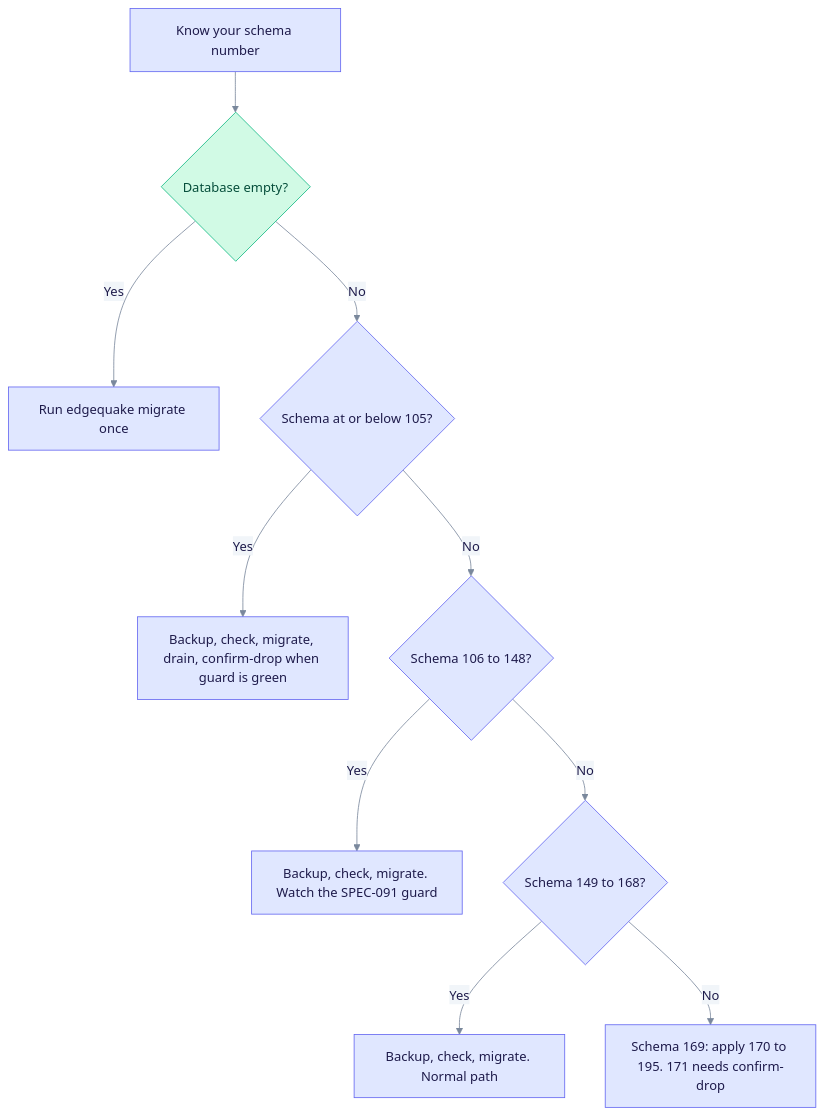
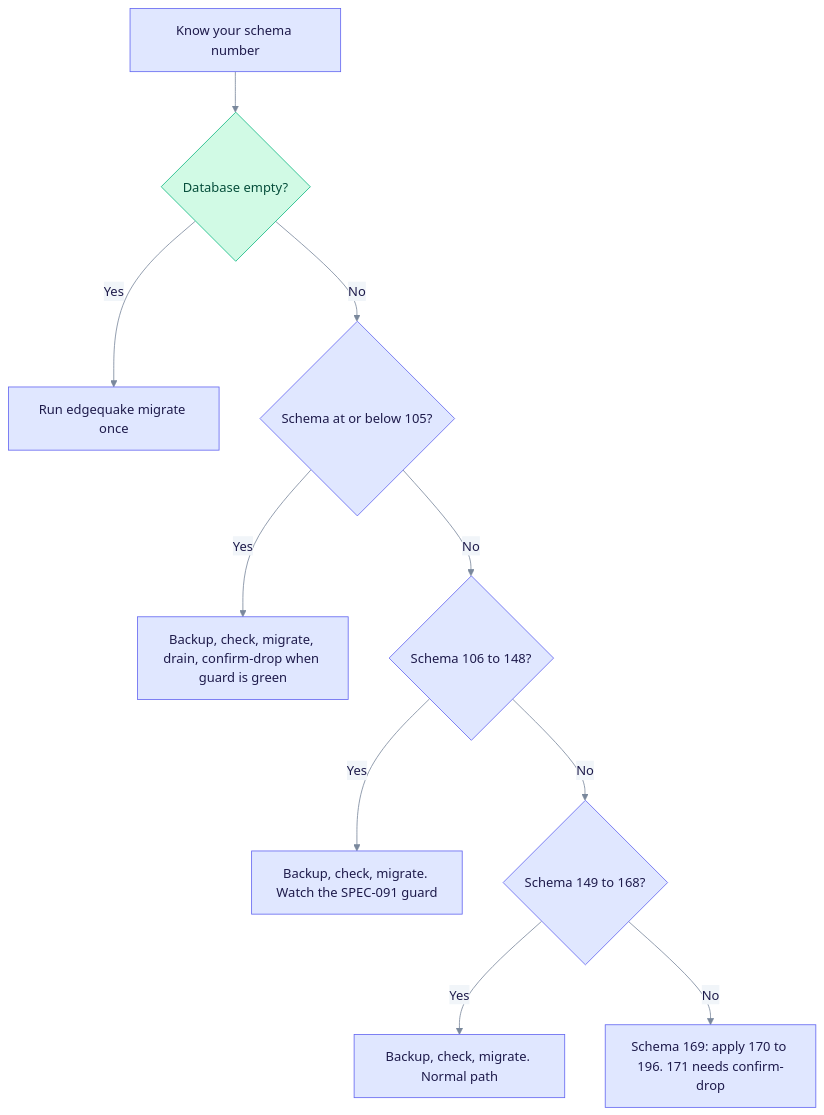
The first of 3 diagrams in docs/operations/upgrading.md (YatchiYa/edgequake), drawn with Mermaid before and after one commit. The commit also changed other lines of this file and 19 other files, not shown here.

````diff
--- a/docs/operations/upgrading.md
+++ b/docs/operations/upgrading.md
@@ -24,17 +24,17 @@
 ```mermaid
 %%{init: {"theme":"base","themeVariables":{"primaryColor":"#E0E7FF","primaryBorderColor":"#6366F1","primaryTextColor":"#1E1B4B","secondaryColor":"#D1FAE5","secondaryBorderColor":"#10B981","secondaryTextColor":"#064E3B","tertiaryColor":"#FEF3C7","tertiaryBorderColor":"#F59E0B","tertiaryTextColor":"#6B7A90","lineColor":"#7A889C","clusterBkg":"rgba(99,102,241,0.07)","clusterBorder":"#A5B4FC","noteBkgColor":"#FEF9C3","noteTextColor":"#422006","textColor":"#6B7A90","titleColor":"#6B7A90","signalColor":"#7A889C","signalTextColor":"#6B7A90","loopTextColor":"#6B7A90","edgeLabelBackground":"#F1F5F9","actorLineColor":"#94A3B8"}}}%%
 %% eq-theme:v1
 flowchart TD
   A["Know your schema number"] --> B{"Database empty?"}
   B -->|Yes| C["Run edgequake migrate once"]
   B -->|No| D{"Schema at or below 105?"}
   D -->|Yes| E["Backup, check, migrate, drain, confirm-drop when guard is green"]
   D -->|No| F{"Schema 106 to 148?"}
   F -->|Yes| G["Backup, check, migrate. Watch the SPEC-091 guard"]
   F -->|No| H{"Schema 149 to 168?"}
   H -->|Yes| I["Backup, check, migrate. Normal path"]
-  H -->|No| J["Schema 169: apply 170 to 195. 171 needs confirm-drop"]
+  H -->|No| J["Schema 169: apply 170 to 196. 171 needs confirm-drop"]
 %% eq-classes
 classDef eqStore fill:#D1FAE5,stroke:#10B981,color:#064E3B
 class B eqStore
 ```
````
